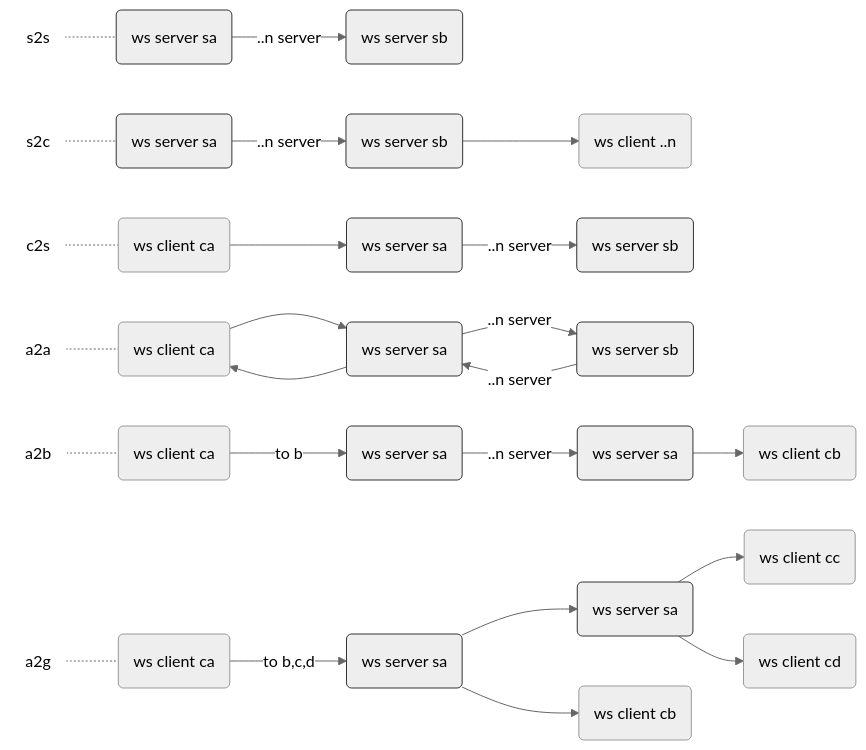
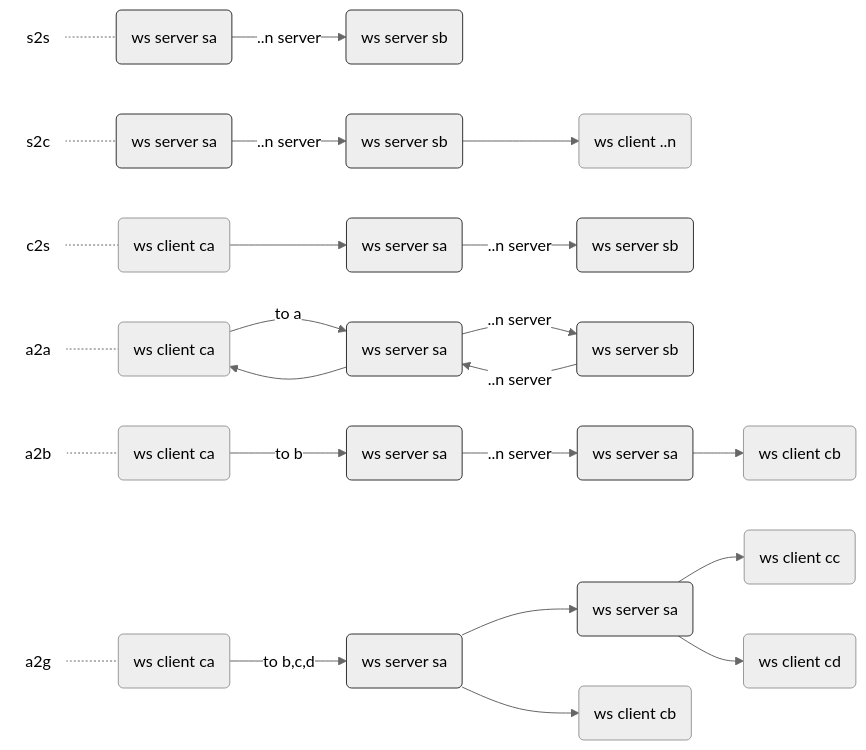
Before and after one commit to toshirot/w2w: the third of 7 diagrams in README.md, drawn with Mermaid (neutral theme).

````diff
--- a/README.md
+++ b/README.md
@@ -184,67 +184,67 @@
 ```mermaid
 flowchart LR
 
     %%multi_type1
         text_s2s(s2s):::class_text_min
         multi_type1s1(ws server sa):::class_server
         multi_type1s2(ws server sb):::class_server
             text_s2s -.- multi_type1s1
             multi_type1s1 --> |..n server| multi_type1s2
 
     %%multi_type2
         text_s2c(s2c):::class_text_min
         multi_type2s1(ws server sa):::class_server
         multi_type2s2(ws server sb):::class_server
         multi_type2c(ws client ..n) 
             text_s2c -.- multi_type2s1
             multi_type2s1 -->  |..n server| multi_type2s2 --> multi_type2c
 
     %%multi_type3
         text_c2s(c2s):::class_text_min
         multi_type3c(ws client ca) 
         multi_type3s1(ws server sa):::class_server
         multi_type3s2(ws server sb):::class_server
             text_c2s -.- multi_type3c
             multi_type3c --> multi_type3s1 -->  |..n server| multi_type3s2
 
     %%single_type4
         text_a2a(a2a):::class_text_min
         multi_type4c1(ws client ca) 
         multi_type4s1(ws server sa):::class_server 
         multi_type4s2(ws server sb):::class_server
             text_a2a -.- multi_type4c1
-            multi_type4c1 --> multi_type4s1 --> |..n server| multi_type4s2 -->  |..n server| multi_type4s1--> multi_type4c1
+            multi_type4c1 -->  |to a| multi_type4s1 --> |..n server| multi_type4s2 -->  |..n server| multi_type4s1--> multi_type4c1
  
      %%multi_type5
         text_a2b(a2b):::class_text_min
         multi_type5c1(ws client ca) 
         multi_type5s1(ws server sa):::class_server
         multi_type5s2(ws server sa):::class_server 
         multi_type5c3(ws client cb) 
             text_a2b -.- multi_type5c1
             multi_type5c1 -->  |to b| multi_type5s1
                         multi_type5s1 -->  |..n server| multi_type5s2
                         multi_type5s2 --> multi_type5c3
 
     %%single_type6
         text_a2g(a2g):::class_text_min
         multi_type6c1(ws client ca) 
         multi_type6s1(ws server sa):::class_server 
         multi_type6s2(ws server sa):::class_server 
         multi_type6c2(ws client cb) 
         multi_type6c3(ws client cc) 
         multi_type6c4(ws client cd) 
             text_a2g -.- multi_type6c1
             multi_type6c1 -->  |to b,c,d| multi_type6s1
            
             multi_type6s1 --> multi_type6c2
             multi_type6s1 --> multi_type6s2
                         multi_type6s2 --> multi_type6c3
                         multi_type6s2 --> multi_type6c4
 
 
 classDef class_server fill:#eee,color:#000,stroke:#333
 classDef class_text fill:#fff,color:#000,stroke:#fff
 classDef class_text_min fill:#fff,color:#000,stroke:#fff,margin:0
 
 ```
````
